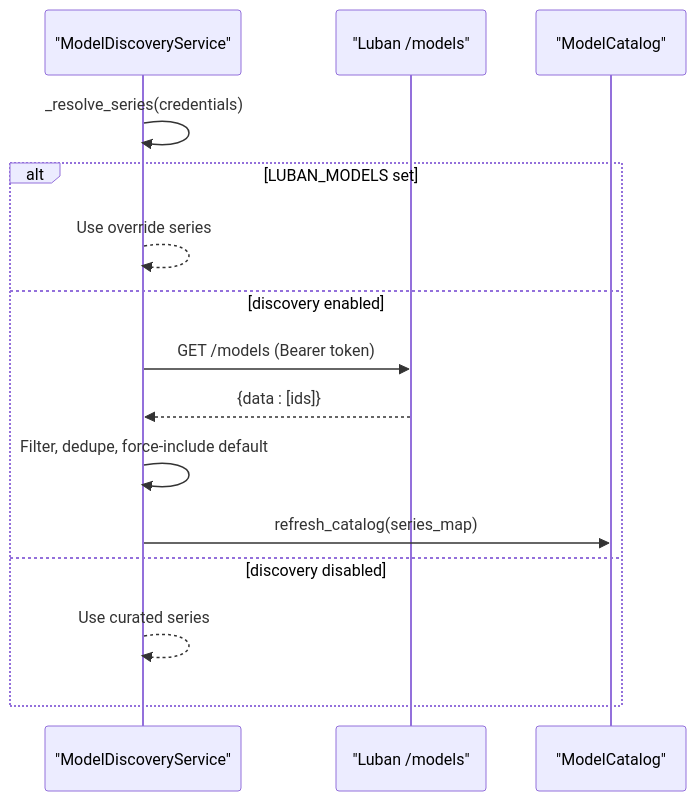
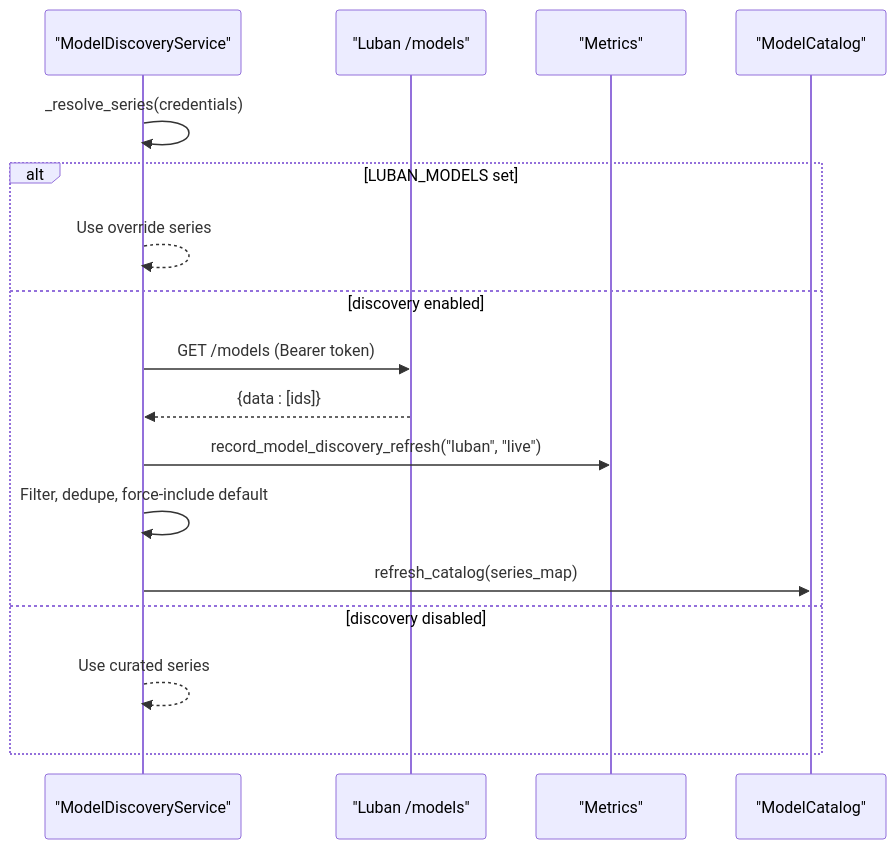
The sixth of 8 diagrams in .qoder/repowiki/en/content/Architecture Documentation/SPEC-028_ Luban Runtime Provider.md (metasync/luban-aiops), drawn with Mermaid before and after one commit. The commit also changed other lines of this file and 16 other files, not shown here.

````diff
--- a/.qoder/repowiki/en/content/Architecture Documentation/SPEC-028_ Luban Runtime Provider.md
+++ b/.qoder/repowiki/en/content/Architecture Documentation/SPEC-028_ Luban Runtime Provider.md
@@ -223,17 +276,19 @@
 ```mermaid
 sequenceDiagram
 participant DISC as "ModelDiscoveryService"
 participant LLM as "Luban /models"
+participant METRICS as "Metrics"
 participant CAT as "ModelCatalog"
 DISC->>DISC : _resolve_series(credentials)
 alt LUBAN_MODELS set
 DISC-->>DISC : Use override series
 else discovery enabled
 DISC->>LLM : GET /models (Bearer token)
 LLM-->>DISC : {data : [ids]}
+DISC->>METRICS : record_model_discovery_refresh("luban", "live")
 DISC->>DISC : Filter, dedupe, force-include default
 DISC->>CAT : refresh_catalog(series_map)
 else discovery disabled
 DISC-->>DISC : Use curated series
 end
 ```
````
